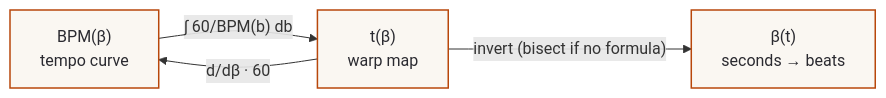
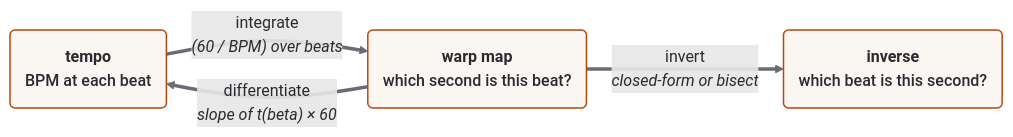
Before and after one commit to naomiaro/warp-markers: the diagram in docs/01-the-integral.md, drawn with Mermaid. The commit also changed other lines of this file, not shown here.

````diff
--- a/docs/01-the-integral.md
+++ b/docs/01-the-integral.md
@@ -19,8 +19,11 @@
 ```mermaid
 flowchart LR
-  BPM["BPM(β)<br/>tempo curve"] -->|"∫ 60/BPM(b) db"| t["t(β)<br/>warp map"]
-  t -->|"d/dβ · 60"| BPM
-  t -->|"invert (bisect if no formula)"| sToB["β(t)<br/>seconds → beats"]
-  classDef obj fill:#faf7f2,stroke:#b8470b,stroke-width:1.5px,color:#2a2a30;
-  class BPM,t,sToB obj;
+  BPM("<b>tempo</b><br/>BPM at each beat"):::obj
+  t("<b>warp map</b><br/>which second is this beat?"):::obj
+  inv("<b>inverse</b><br/>which beat is this second?"):::obj
+  BPM ==>|"integrate<br/><i>(60 / BPM) over beats</i>"| t
+  t ==>|"differentiate<br/><i>slope of t(beta) × 60</i>"| BPM
+  t ==>|"invert<br/><i>closed-form or bisect</i>"| inv
+  classDef obj fill:#faf7f2,stroke:#b8470b,stroke-width:1.5px,color:#2a2a30,font-weight:500;
+  linkStyle default stroke:#6b6b75,color:#2a2a30
 ```
````
